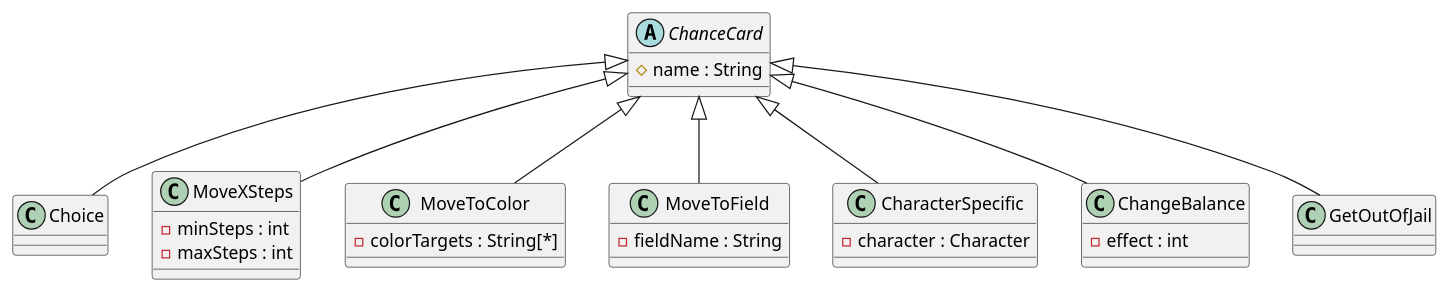
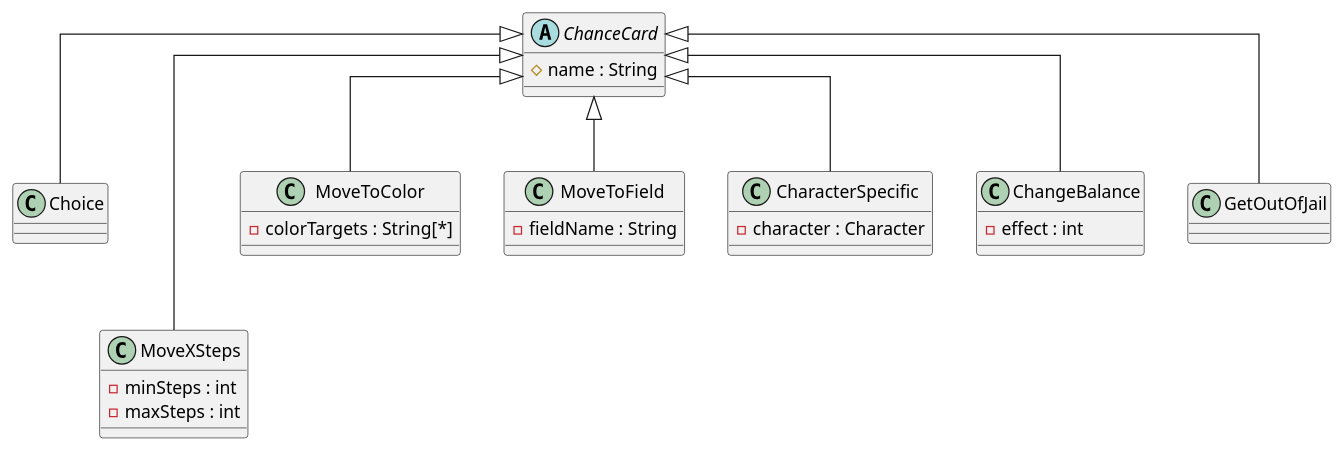
The diagram in src/main/resources/ChanceCardPackage.puml (Gruppe-10-DTU/CDIO-FINAL), drawn with PlantUML before and after one commit.

Commit message:
fixed arrows to improve view

```diff
--- a/src/main/resources/ChanceCardPackage.puml
+++ b/src/main/resources/ChanceCardPackage.puml
@@ -1,44 +1,45 @@
 @startuml
 'https://plantuml.com/class-diagram
+skinparam linetype ortho
 
 abstract ChanceCard{
  # name : String
 }
 
 class Choice {
 
 }
 
 class MoveXSteps {
  - minSteps : int
  - maxSteps : int
 }
 class MoveToColor {
  - colorTargets : String[*]
 }
 
 class MoveToField {
  - fieldName : String
 }
 
 class CharacterSpecific {
  - character : Character
 }
 
 class ChangeBalance {
  - effect : int
 }
 
 class GetOutOfJail {
 
 }
 
 ChanceCard <|-- Choice
+ChanceCard <|--- MoveXSteps
+ChanceCard <|-- MoveToColor
+ChanceCard <|-- MoveToField
 ChanceCard <|-- CharacterSpecific
 ChanceCard <|-- ChangeBalance
 ChanceCard <|-- GetOutOfJail
-ChanceCard <|-- MoveXSteps
-ChanceCard <|-- MoveToField
-ChanceCard <|-- MoveToColor
 
 @enduml
```
